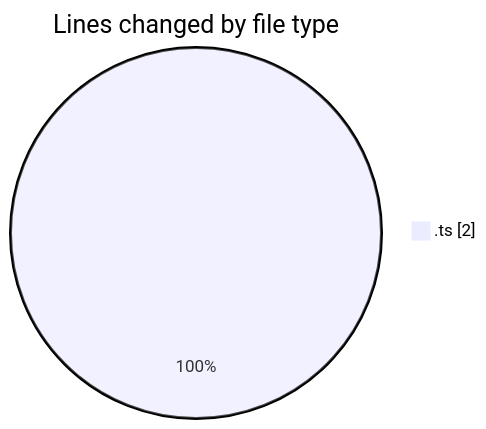
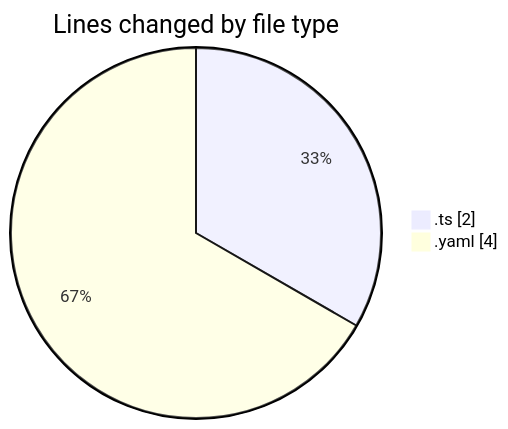
Before and after one commit to mevix1/code-tracking: the first of 2 diagrams in 2025-10-01/open-health/README.md, drawn with Mermaid. The commit also changed other lines of this file and 1 other file, not shown here.

````diff
--- a/2025-10-01/open-health/README.md
+++ b/2025-10-01/open-health/README.md
@@ -20,5 +21,6 @@
 ```mermaid
 pie showData
 title Lines changed by file type
 ".ts" : 2
+".yaml" : 4
 ```
````
